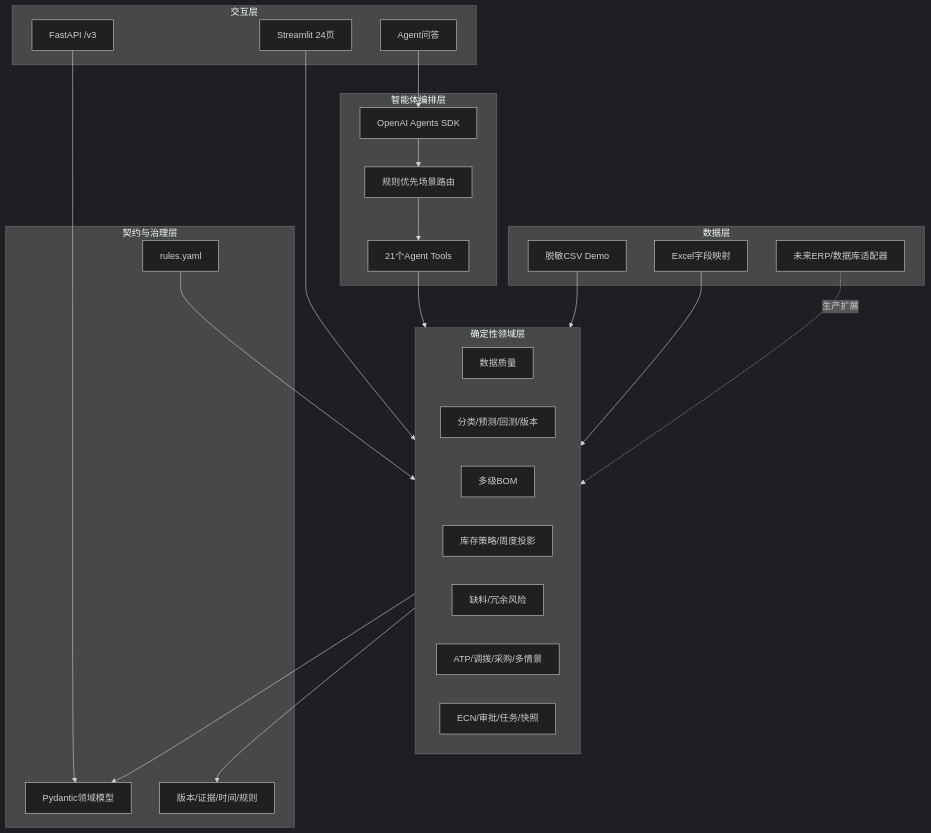
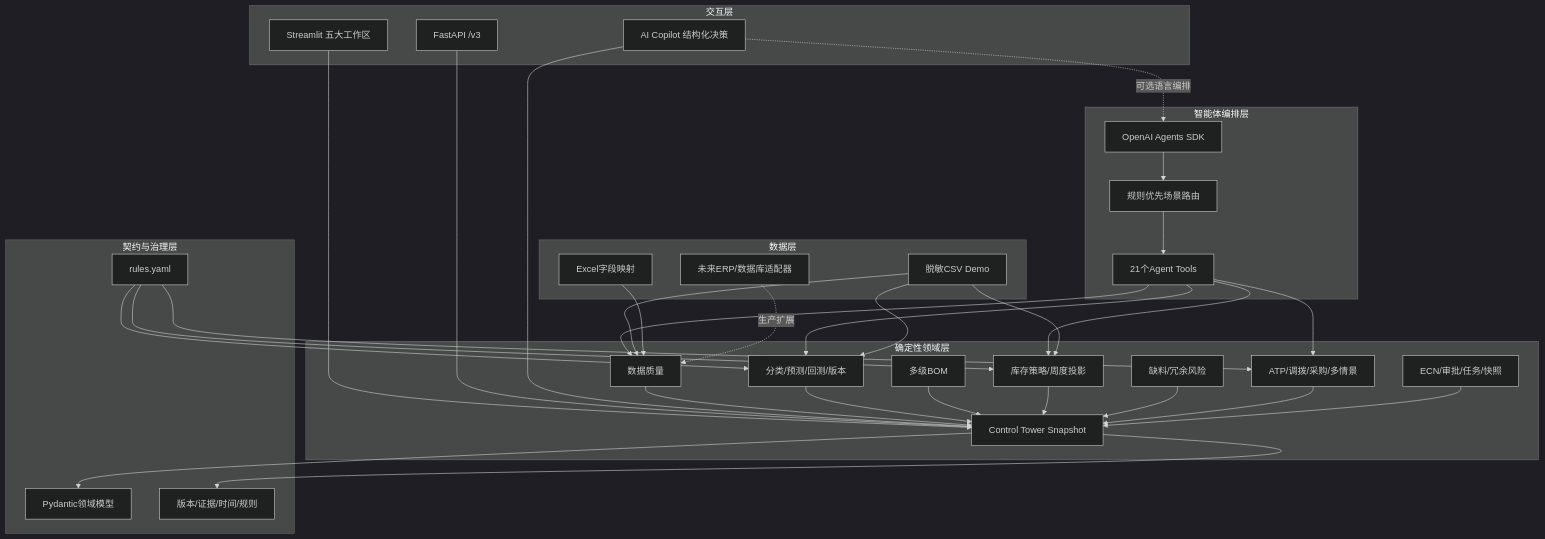
Before and after one commit to lxingwei81-ux/supplypilot-agent: the first of 3 diagrams in docs/AGENT_ARCHITECTURE.md, drawn with Mermaid (dark theme). The commit also changed other lines of this file and 45 other files, not shown here.

Commit message:
feat: add supply chain control tower and structured copilot

````diff
--- a/docs/AGENT_ARCHITECTURE.md
+++ b/docs/AGENT_ARCHITECTURE.md
@@ -17,49 +29,65 @@
 ```mermaid
 flowchart TB
     subgraph Experience["交互层"]
-        UI["Streamlit 24页"]
+        UI["Streamlit 五大工作区"]
         API["FastAPI /v3"]
-        CHAT["Agent问答"]
+        COPILOT["AI Copilot 结构化决策"]
     end
 
     subgraph Orchestration["智能体编排层"]
         AG["OpenAI Agents SDK"]
         ROUTER["规则优先场景路由"]
         TOOLSET["21个Agent Tools"]
     end
 
     subgraph Domain["确定性领域层"]
+        CT["Control Tower Snapshot"]
         DQ["数据质量"]
         FC["分类/预测/回测/版本"]
         BOM["多级BOM"]
         INV["库存策略/周度投影"]
         RISK["缺料/冗余风险"]
         OPT["ATP/调拨/采购/多情景"]
         WF["ECN/审批/任务/快照"]
     end
 
     subgraph Contract["契约与治理层"]
         MODELS["Pydantic领域模型"]
         RULES["rules.yaml"]
         TRACE["版本/证据/时间/规则"]
     end
 
     subgraph Data["数据层"]
         CSV["脱敏CSV Demo"]
         EXCEL["Excel字段映射"]
         ADAPTER["未来ERP/数据库适配器"]
     end
 
-    UI --> Domain
-    API --> MODELS
-    CHAT --> AG
+    UI --> CT
+    API --> CT
+    COPILOT --> CT
+    COPILOT -. "可选语言编排" .-> AG
     AG --> ROUTER
     ROUTER --> TOOLSET
-    TOOLSET --> Domain
-    Domain --> MODELS
-    RULES --> Domain
-    Domain --> TRACE
-    CSV --> Domain
-    EXCEL --> Domain
-    ADAPTER -. "生产扩展" .-> Domain
+    TOOLSET --> DQ
+    TOOLSET --> FC
+    TOOLSET --> INV
+    TOOLSET --> OPT
+    DQ --> CT
+    FC --> CT
+    BOM --> CT
+    INV --> CT
+    RISK --> CT
+    OPT --> CT
+    WF --> CT
+    CT --> MODELS
+    CT --> TRACE
+    RULES --> FC
+    RULES --> INV
+    RULES --> OPT
+    CSV --> DQ
+    CSV --> FC
+    CSV --> INV
+    EXCEL --> DQ
+    ADAPTER -. "生产扩展" .-> DQ
 ```
````
